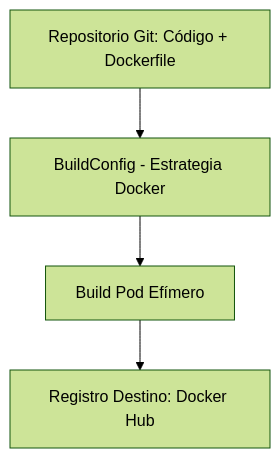
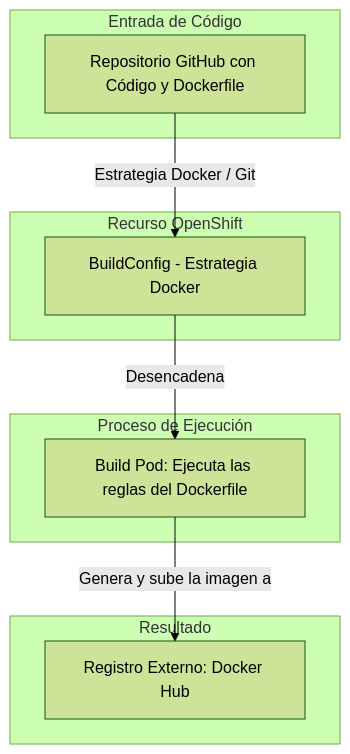
One commit to ieftraining/curso-openshift changed the second of 6 diagrams in docs/sesion4/4.5 Construir en la plataforma.md. Above: the diagram before and after it, drawn with Mermaid (forest theme). The commit also changed other lines of this file, not shown here.

````diff
--- a/docs/sesion4/4.5 Construir en la plataforma.md
+++ b/docs/sesion4/4.5 Construir en la plataforma.md
@@ -50,6 +52,22 @@
 ```mermaid
 flowchart TD
-    A[Repositorio Git: Código + Dockerfile] --> BC[BuildConfig - Estrategia Docker]
-    BC --> BP[Build Pod Efímero]
-    BP --> DH[Registro Destino: Docker Hub]
+    subgraph Entrada de Código
+        A[Repositorio GitHub con Código y Dockerfile] 
+    end
+
+    subgraph Recurso OpenShift
+        BC[BuildConfig - Estrategia Docker]
+    end
+
+    subgraph Proceso de Ejecución
+        Build[Build Pod: Ejecuta las reglas del Dockerfile]
+    end
+
+    subgraph Resultado
+        RegExt[Registro Externo: Docker Hub]
+    end
+
+    A -->|Estrategia Docker / Git| BC
+    BC -->|Desencadena| Build
+    Build -->|Genera y sube la imagen a| RegExt
 ```
````
